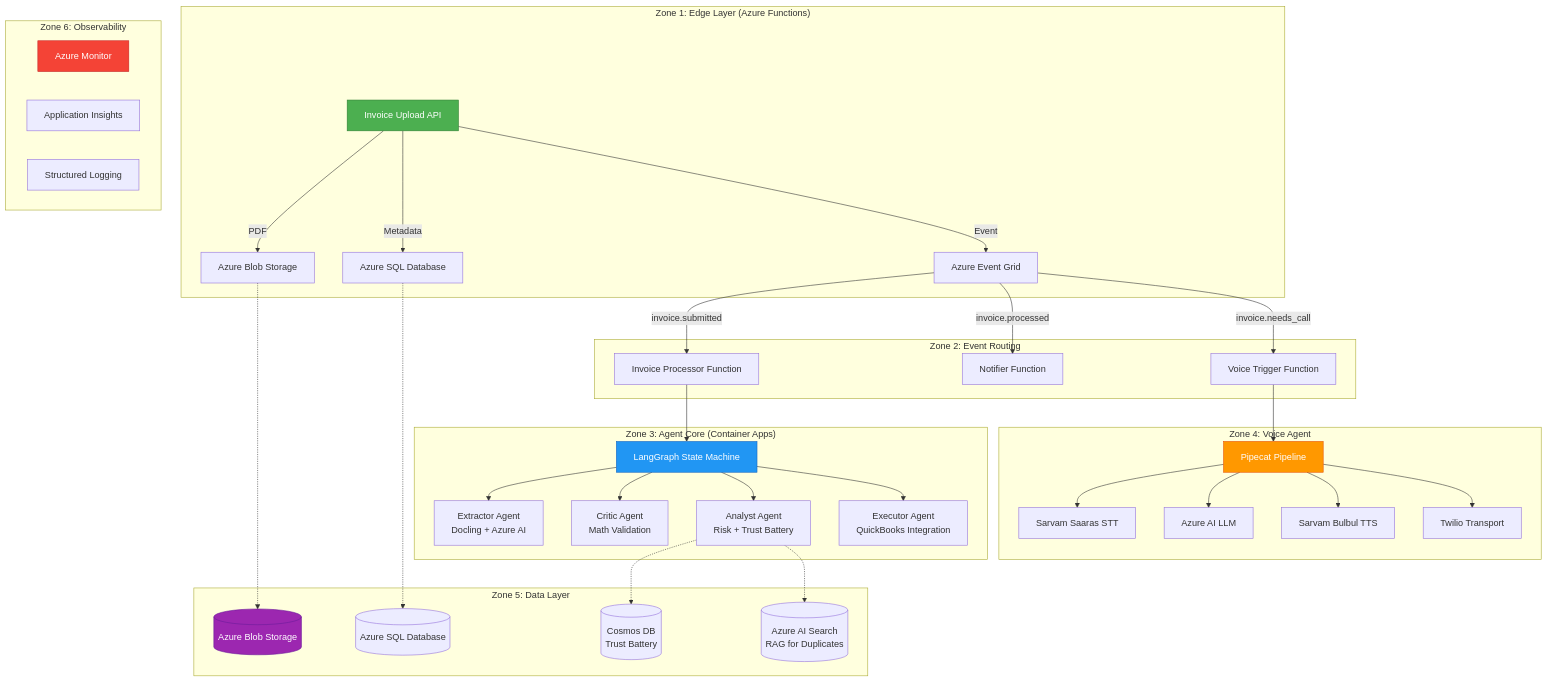
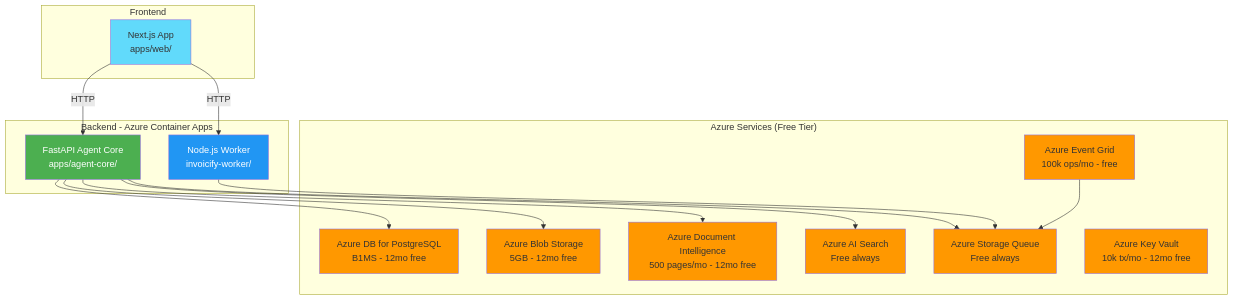
Before and after one commit to Aparnap2/invoicify: the second of 3 diagrams in prd.md, drawn with Mermaid. The commit also changed other lines of this file and 1 other file, not shown here.

First line of the commit message:
docs: Update PRD and add ARCHITECTURE.md

````diff
--- a/prd.md
+++ b/prd.md
@@ -31,49 +237,42 @@
 ```mermaid
 flowchart TB
-    subgraph "Zone 1: Edge Layer (Azure Functions)"
-        A[Invoice Upload API] -->|PDF| B[Azure Blob Storage]
-        A -->|Metadata| C[Azure SQL Database]
-        A -->|Event| D[Azure Event Grid]
+    subgraph "Frontend"
+        A[Next.js App<br/>apps/web/]
     end
     
-    subgraph "Zone 2: Event Routing"
-        D -->|invoice.submitted| E[Invoice Processor Function]
-        D -->|invoice.processed| F[Notifier Function]
-        D -->|invoice.needs_call| G[Voice Trigger Function]
+    subgraph "Backend - Azure Container Apps"
+        B[FastAPI Agent Core<br/>apps/agent-core/]
+        C[Node.js Worker<br/>invoicify-worker/]
     end
     
-    subgraph "Zone 3: Agent Core (Container Apps)"
-        E --> H[LangGraph State Machine]
-        H --> I[Extractor Agent<br/>Docling + Azure AI]
-        H --> J[Critic Agent<br/>Math Validation]
-        H --> K[Analyst Agent<br/>Risk + Trust Battery]
-        H --> L[Executor Agent<br/>QuickBooks Integration]
+    subgraph "Azure Services (Free Tier)"
+        D[Azure DB for PostgreSQL<br/>B1MS - 12mo free]
+        E[Azure Blob Storage<br/>5GB - 12mo free]
+        F[Azure Document Intelligence<br/>500 pages/mo - 12mo free]
+        G[Azure AI Search<br/>Free always]
+        H[Azure Storage Queue<br/>Free always]
+        I[Azure Event Grid<br/>100k ops/mo - free]
+        J[Azure Key Vault<br/>10k tx/mo - 12mo free]
     end
     
-    subgraph "Zone 4: Voice Agent"
-        G --> M[Pipecat Pipeline]
-        M --> N[Sarvam Saaras STT]
-        M --> O[Azure AI LLM]
-        M --> P[Sarvam Bulbul TTS]
-        M --> Q[Twilio Transport]
-    end
+    A -->|HTTP| B
+    A -->|HTTP| C
+    B --> D
+    B --> E
+    B --> F
+    B --> G
+    B --> H
+    C --> H
+    I --> H
     
-    subgraph "Zone 5: Data Layer"
-        B -.-> R[(Azure Blob Storage)]
-        C -.-> S[(Azure SQL Database)]
-        K -.-> T[(Cosmos DB<br/>Trust Battery)]
-        K -.-> U[(Azure AI Search<br/>RAG for Duplicates)]
-    end
-    
-    subgraph "Zone 6: Observability"
-        V[Azure Monitor]
-        W[Application Insights]
-        X[Structured Logging]
-    end
-    
-    style A fill:#4CAF50,stroke:#2E7D32,color:#fff
-    style H fill:#2196F3,stroke:#1565C0,color:#fff
-    style M fill:#FF9800,stroke:#E65100,color:#fff
-    style R fill:#9C27B0,stroke:#6A1B9A,color:#fff
-    style V fill:#F44336,stroke:#C62828,color:#fff
+    style A fill:#61DAFB
+    style B fill:#4CAF50,color:#fff
+    style C fill:#2196F3,color:#fff
+    style D fill:#FF9800
+    style E fill:#FF9800
+    style F fill:#FF9800
+    style G fill:#FF9800
+    style H fill:#FF9800
+    style I fill:#FF9800
+    style J fill:#FF9800
 ```
````
